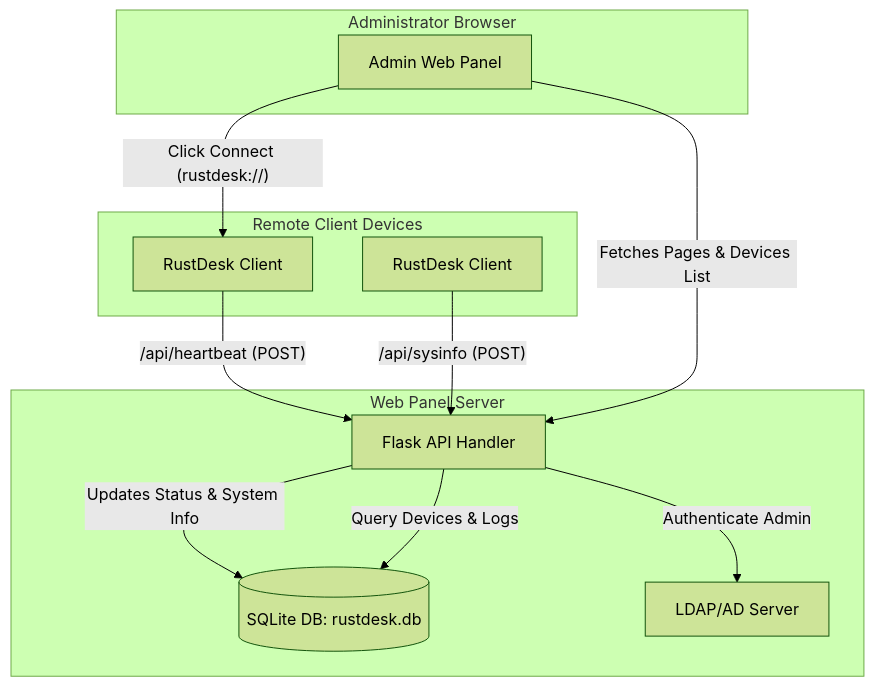
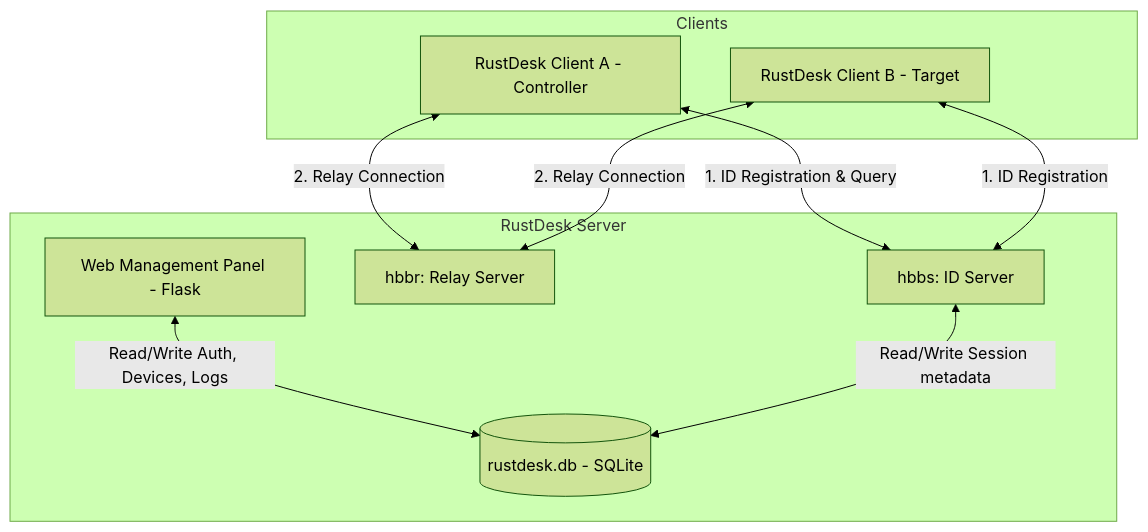
Before and after one commit to klarnet2009/rustdesk: the diagram in docs/architecture/architecture-diagram.md, drawn with Mermaid (forest theme). The commit also changed other lines of this file and 12 other files, not shown here.

Commit message:
fix(msi): fix invalid XML comment and update architecture documentation

````diff
--- a/docs/architecture/architecture-diagram.md
+++ b/docs/architecture/architecture-diagram.md
@@ -5,27 +7,22 @@
 ```mermaid
 graph TD
-    subgraph Client ["Remote Client Devices"]
-        RC1[RustDesk Client]
-        RC2[RustDesk Client]
+    subgraph Clients
+        C1[RustDesk Client A - Controller]
+        C2[RustDesk Client B - Target]
     end
 
-    subgraph Server ["Web Panel Server"]
-        FP[Flask API Handler]
-        DB[(SQLite DB: rustdesk.db)]
-        LDAP[LDAP/AD Server]
+    subgraph Server Infrastructure [RustDesk Server]
+        hbbs[hbbs: ID Server]
+        hbbr[hbbr: Relay Server]
+        wp[Web Management Panel - Flask]
+        db[(rustdesk.db - SQLite)]
     end
 
-    subgraph Admin ["Administrator Browser"]
-        WP[Admin Web Panel]
-    end
+    C1 <-->|1. ID Registration & Query| hbbs
+    C2 <-->|1. ID Registration| hbbs
+    C1 <-->|2. Relay Connection| hbbr
+    C2 <-->|2. Relay Connection| hbbr
 
-    RC1 -- "/api/heartbeat (POST)" --> FP
-    RC2 -- "/api/sysinfo (POST)" --> FP
-    FP -- "Updates Status & System Info" --> DB
-    
-    WP -- "Fetches Pages & Devices List" --> FP
-    FP -- "Query Devices & Logs" --> DB
-    FP -- "Authenticate Admin" --> LDAP
-    
-    WP -- "Click Connect (rustdesk://)" --> RC1
+    wp <-->|Read/Write Auth, Devices, Logs| db
+    hbbs <-->|Read/Write Session metadata| db
 ```
````
